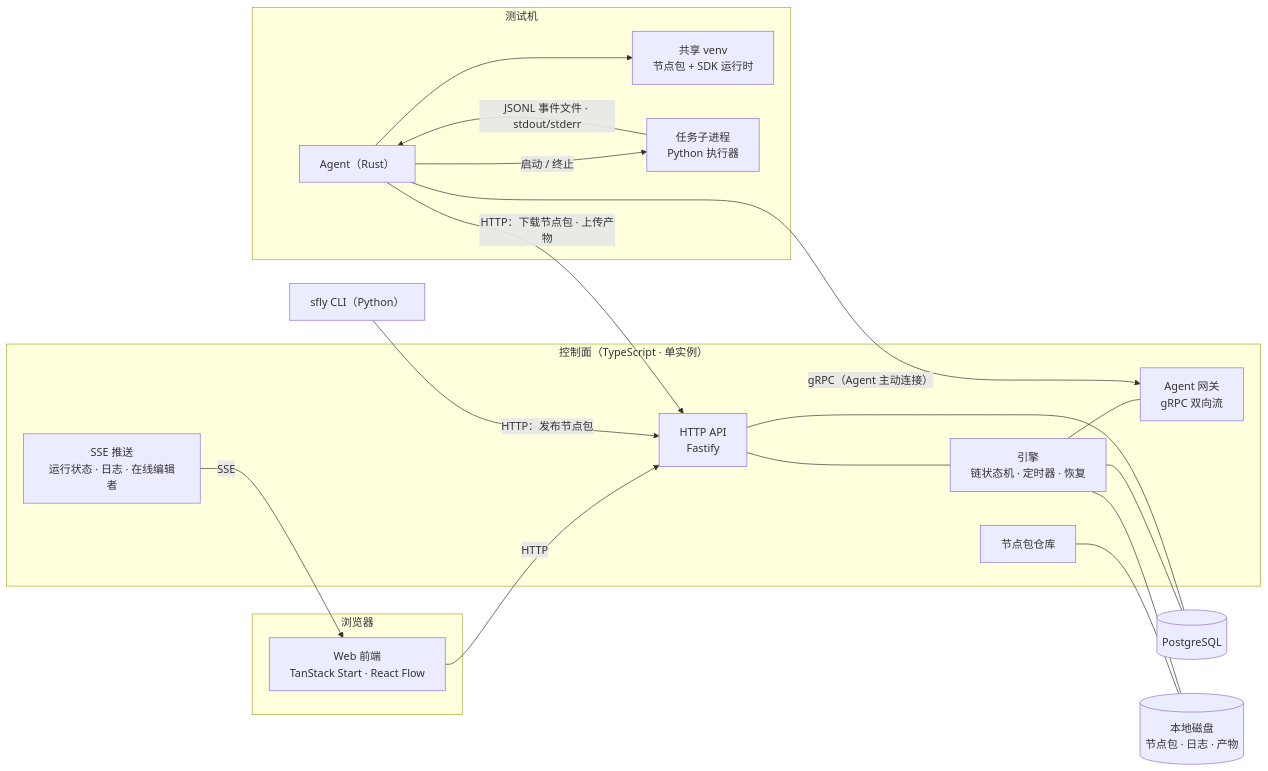
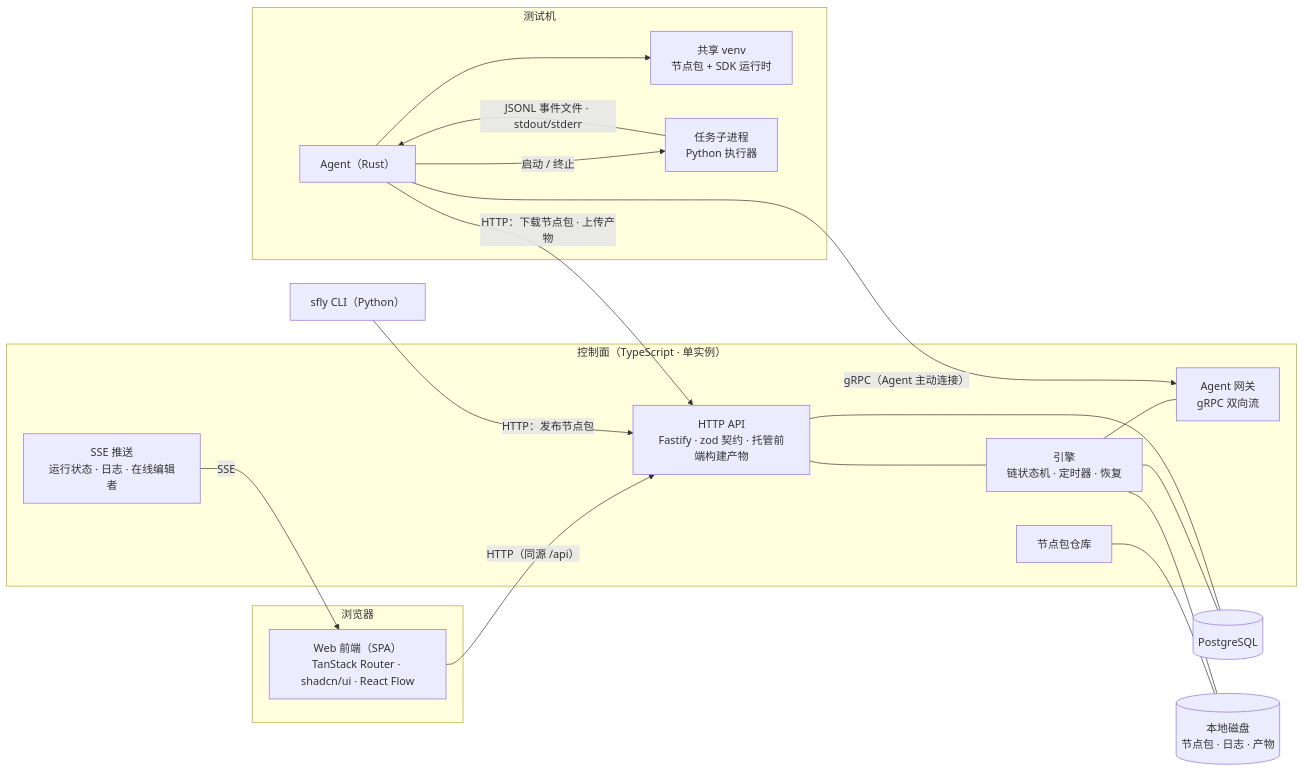
The first of 2 diagrams in docs/ARCHITECTURE.md (x7yue/sfly), drawn with Mermaid before and after one commit. The commit also changed other lines of this file and 1 other file, not shown here.

Commit message:
文档术语与前端架构：SEMANTICS、ARCHITECTURE 中「编排」作名词改为「场景」，前端一节改写为 SPA 由控制面托管、页面与代码结构、组件库、HTTP 契约（覆盖全部路由）与测试策略 #44

````diff
--- a/docs/ARCHITECTURE.md
+++ b/docs/ARCHITECTURE.md
@@ -35,36 +35,36 @@
 ```mermaid
 flowchart LR
   subgraph Browser["浏览器"]
-    WEB["Web 前端<br/>TanStack Start · React Flow"]
+    WEB["Web 前端（SPA）<br/>TanStack Router · shadcn/ui · React Flow"]
   end
   subgraph CP["控制面（TypeScript · 单实例）"]
-    API["HTTP API<br/>Fastify"]
+    API["HTTP API<br/>Fastify · zod 契约 · 托管前端构建产物"]
     SSE["SSE 推送<br/>运行状态 · 日志 · 在线编辑者"]
     ENG["引擎<br/>链状态机 · 定时器 · 恢复"]
     GW["Agent 网关<br/>gRPC 双向流"]
     REPO["节点包仓库"]
   end
   PG[("PostgreSQL")]
   DISK[("本地磁盘<br/>节点包 · 日志 · 产物")]
   subgraph Host["测试机"]
     AG["Agent（Rust）"]
     VENV["共享 venv<br/>节点包 + SDK 运行时"]
     PROC["任务子进程<br/>Python 执行器"]
   end
   CLI["sfly CLI（Python）"]
 
-  WEB -- HTTP --> API
+  WEB -- "HTTP（同源 /api）" --> API
   SSE -- SSE --> WEB
   API --- ENG
   ENG --- GW
   ENG --- PG
   API --- PG
   REPO --- DISK
   ENG --- DISK
   AG -- "gRPC（Agent 主动连接）" --> GW
   AG -- "HTTP：下载节点包 · 上传产物" --> API
   AG --> VENV
   AG -- "启动 / 终止" --> PROC
   PROC -- "JSONL 事件文件 · stdout/stderr" --> AG
   CLI -- "HTTP：发布节点包" --> API
 ```
````
